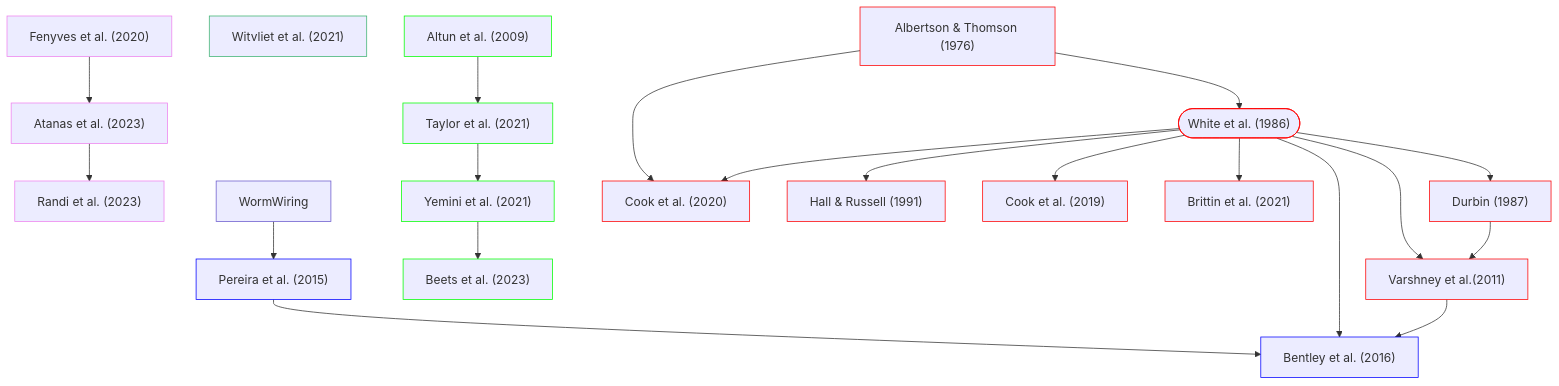
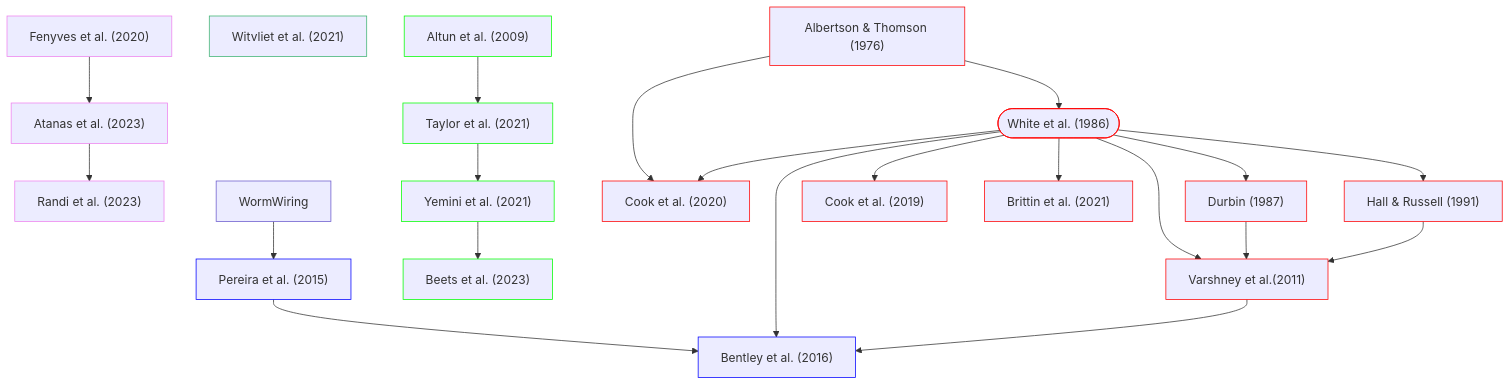
The diagram in README.md (yasinthanvickneswaran/mermaidtest), drawn with Mermaid before and after one commit.

````diff
--- a/README.md
+++ b/README.md
@@ -1,32 +1,33 @@
 ```mermaid
 flowchart TD
     classDef anat stroke:#f00
     classDef gene stroke:#0f0
     classDef es stroke:#00f
     classDef func stroke:#ee82ee
     classDef dev stroke:#3cb371
     classDef db stroke:#6a5acd
 
     H["Fenyves et al. (2020)"]:::func --> O["Atanas et al. (2023)"]:::func
     O --> P["Randi et al. (2023)"]:::func    
     K["Witvliet et al. (2021)"]:::dev
     E["Pereira et al. (2015)"]:::es --> F["Bentley et al. (2016)"]:::es
 
     C["Altun et al. (2009)"]:::gene --> L["Taylor et al. (2021)"]:::gene
     L --> M["Yemini et al. (2021)"]:::gene
     M --> N["Beets et al. (2023)"]:::gene
 
     A(["White et al. (1986)"]):::anat --> B["Durbin (1987)"]:::anat
     A1["Albertson & Thomson (1976)"]:::anat --> A
     A1 --> I
     A  --> A2["Hall & Russell (1991)"]:::anat
     A --> D["Varshney et al.(2011)"]:::anat
     B --> D
+    A2 --> D
     A --> G["Cook et al. (2019)"]:::anat
     A --> I["Cook et al. (2020)"]:::anat
     A --> J["Brittin et al. (2021)"]:::anat
     A --> F
     D --> F
     DB1["WormWiring"]:::db --> E
 
 ```
````
